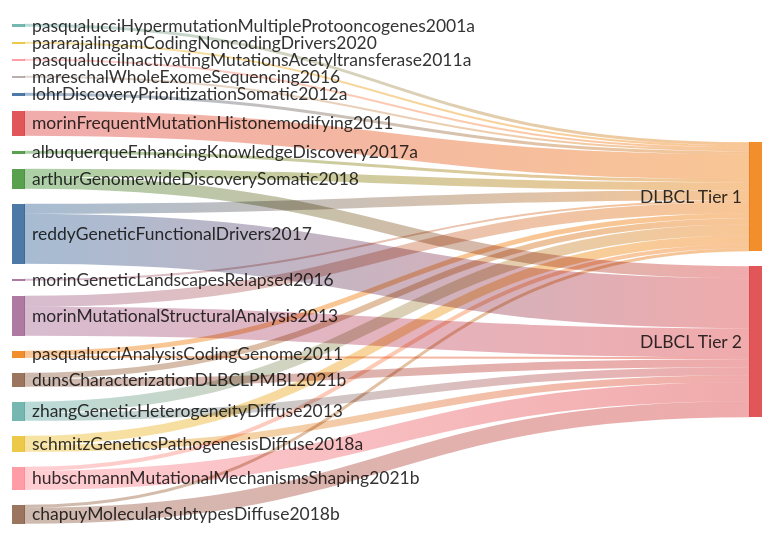
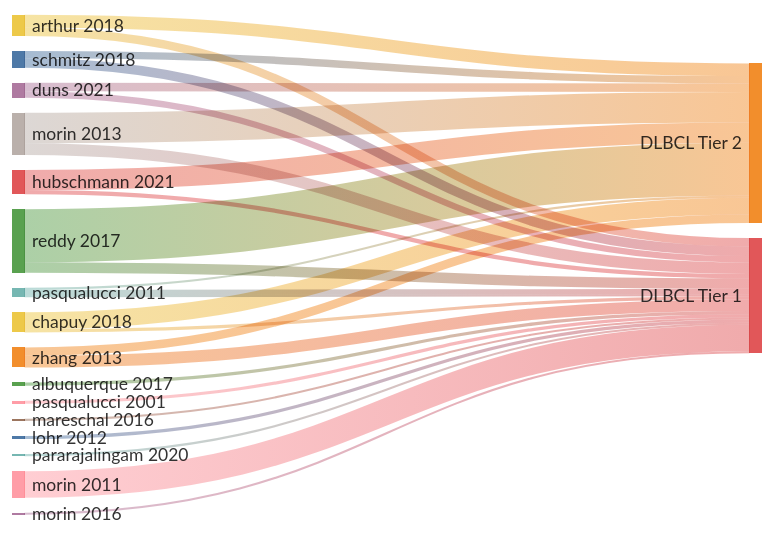
Before and after one commit to morinlab/lymphopedia: the diagram in DLBCL_sankey.md, drawn with Mermaid.

Commit message:
Updated DLBCL_sankey (markdown)

````diff
--- a/DLBCL_sankey.md
+++ b/DLBCL_sankey.md
@@ -1,35 +1,34 @@
 ```mermaid
 ---
 config:
   sankey:
     showValues: false
 ---
 sankey-beta
-
-reddyGeneticFunctionalDrivers2017,DLBCL Tier 1, 10
-reddyGeneticFunctionalDrivers2017,DLBCL Tier 2, 50
-pasqualucciHypermutationMultipleProtooncogenes2001a,DLBCL Tier 1, 3
-arthurGenomewideDiscoverySomatic2018,DLBCL Tier 2, 12
-arthurGenomewideDiscoverySomatic2018,DLBCL Tier 1, 8
-pararajalingamCodingNoncodingDrivers2020,DLBCL Tier 1, 2
-morinMutationalStructuralAnalysis2013,DLBCL Tier 1, 11
-morinMutationalStructuralAnalysis2013,DLBCL Tier 2, 29
-pasqualucciInactivatingMutationsAcetyltransferase2011a,DLBCL Tier 1, 2
-dunsCharacterizationDLBCLPMBL2021b,DLBCL Tier 2, 8
-dunsCharacterizationDLBCLPMBL2021b,DLBCL Tier 1, 6
-mareschalWholeExomeSequencing2016,DLBCL Tier 1, 2
-lohrDiscoveryPrioritizationSomatic2012a,DLBCL Tier 1, 3
-pasqualucciAnalysisCodingGenome2011,DLBCL Tier 1, 5
-pasqualucciAnalysisCodingGenome2011,DLBCL Tier 2, 2
-morinFrequentMutationHistonemodifying2011,DLBCL Tier 1, 25
-zhangGeneticHeterogeneityDiffuse2013,DLBCL Tier 1, 11
-zhangGeneticHeterogeneityDiffuse2013,DLBCL Tier 2, 8
-albuquerqueEnhancingKnowledgeDiscovery2017a,DLBCL Tier 1, 3
-schmitzGeneticsPathogenesisDiffuse2018a,DLBCL Tier 2, 7
-schmitzGeneticsPathogenesisDiffuse2018a,DLBCL Tier 1, 9
-morinGeneticLandscapesRelapsed2016,DLBCL Tier 1, 2
-hubschmannMutationalMechanismsShaping2021b,DLBCL Tier 1, 4
-hubschmannMutationalMechanismsShaping2021b,DLBCL Tier 2, 19
-chapuyMolecularSubtypesDiffuse2018b,DLBCL Tier 1, 3
-chapuyMolecularSubtypesDiffuse2018b,DLBCL Tier 2, 16
+schmitz 2018,DLBCL Tier 2, 7
+schmitz 2018,DLBCL Tier 1, 9
+pasqualucci 2011,DLBCL Tier 1, 5
+pasqualucci 2011,DLBCL Tier 2, 2
+pasqualucci 2011,DLBCL Tier 1, 2
+albuquerque 2017,DLBCL Tier 1, 3
+arthur 2018,DLBCL Tier 2, 12
+arthur 2018,DLBCL Tier 1, 8
+duns 2021,DLBCL Tier 2, 8
+duns 2021,DLBCL Tier 1, 6
+pasqualucci 2001,DLBCL Tier 1, 3
+mareschal 2016,DLBCL Tier 1, 2
+morin 2013,DLBCL Tier 2, 29
+morin 2013,DLBCL Tier 1, 11
+lohr 2012,DLBCL Tier 1, 3
+zhang 2013,DLBCL Tier 1, 11
+zhang 2013,DLBCL Tier 2, 8
+hubschmann 2021,DLBCL Tier 1, 4
+hubschmann 2021,DLBCL Tier 2, 19
+pararajalingam 2020,DLBCL Tier 1, 2
+reddy 2017,DLBCL Tier 2, 50
+reddy 2017,DLBCL Tier 1, 10
+chapuy 2018,DLBCL Tier 2, 16
+chapuy 2018,DLBCL Tier 1, 3
+morin 2016,DLBCL Tier 1, 2
+morin 2011,DLBCL Tier 1, 25
 ```
````
